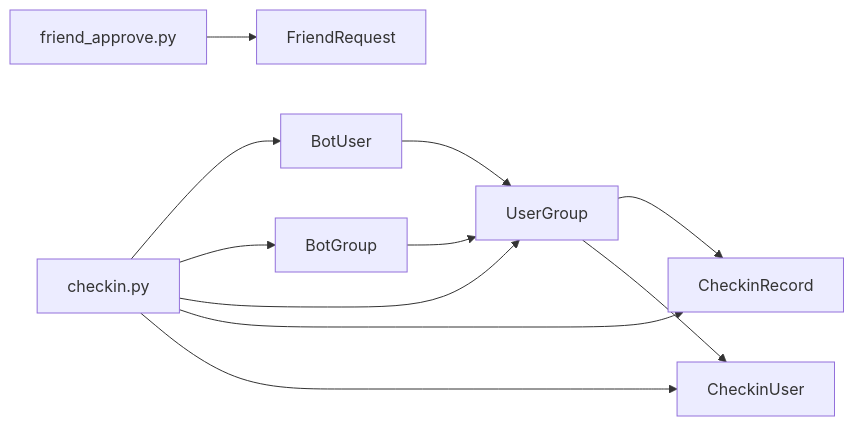
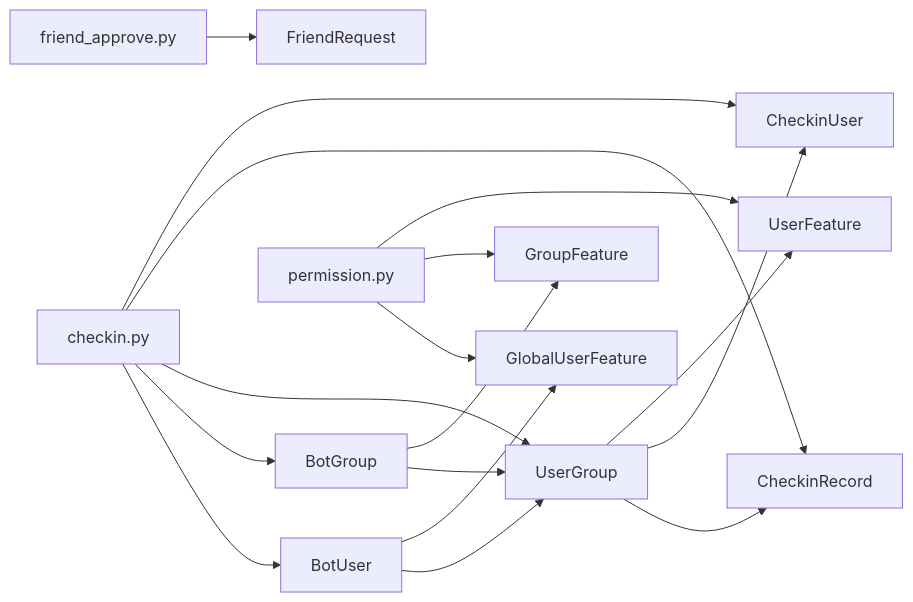
The fourth of 8 diagrams in .qoder/repowiki/zh/content/数据模型设计.md (Wohaokunr/yawn_bot), drawn with Mermaid before and after one commit. The commit also changed other lines of this file and 10 other files, not shown here.

````diff
--- a/.qoder/repowiki/zh/content/数据模型设计.md
+++ b/.qoder/repowiki/zh/content/数据模型设计.md
@@ -334,13 +465,19 @@
 ```mermaid
 graph LR
 BU["BotUser"] --> UG["UserGroup"]
 BG["BotGroup"] --> UG
 UG --> CR["CheckinRecord"]
 UG --> CU["CheckinUser"]
+BU --> GUF["GlobalUserFeature"]
+BG --> GF["GroupFeature"]
+UG --> UF["UserFeature"]
 CK["checkin.py"] --> BU
 CK --> BG
 CK --> UG
 CK --> CR
 CK --> CU
 FA["friend_approve.py"] --> FR["FriendRequest"]
+PM["permission.py"] --> GUF
+PM --> GF
+PM --> UF
 ```
````
